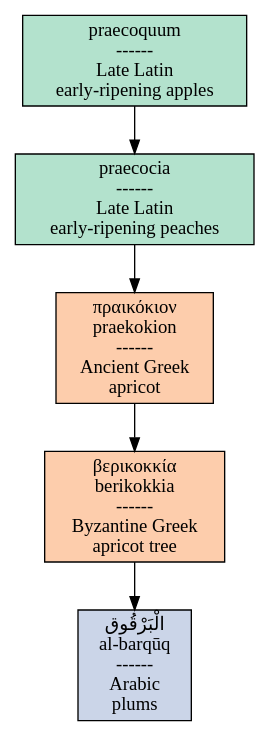
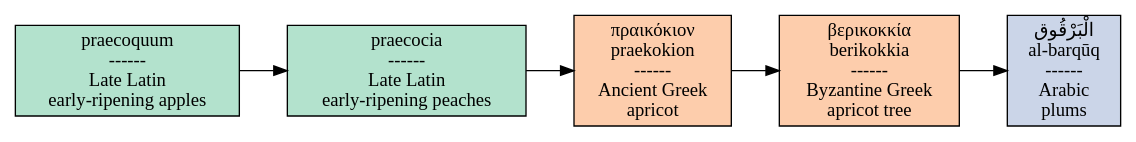
One commit to jllovet/talks changed diagram 13 of 23 in 2025/tu/visualization-in-software/slides.qmd. Above: the diagram before and after it, drawn with Graphviz. The commit also changed other lines of this file and 2 other files, not shown here.

````diff
--- a/2025/tu/visualization-in-software/slides.qmd
+++ b/2025/tu/visualization-in-software/slides.qmd
@@ -442,18 +440,17 @@
 ```{dot}
-//| fig-width: 3
 //| fig-height: 6
 digraph g {
-    rankdir=TB
+    rankdir=LR
     node [colorscheme=pastel25]
     praecoquum [shape="rectangle" style=filled fillcolor="1" label="praecoquum\n------\nLate Latin\nearly-ripening apples"]
     praecocia [shape="rectangle" style=filled fillcolor="1" label="praecocia\n------\nLate Latin\nearly-ripening peaches"]
     praekokion [shape="rectangle" style=filled fillcolor="2" label="πραικόκιον\npraekokion\n------\nAncient Greek\napricot"]
     berikokkia [shape="rectangle" style=filled fillcolor="2" label="βερικοκκία\nberikokkia\n------\nByzantine Greek\napricot tree"]
     albarqūq [shape="rectangle" style=filled fillcolor="3" label="الْبَرْقُوق\nal-barqūq\n------\nArabic\nplums"]
 
     praecoquum -> praecocia
     praecocia -> praekokion
     praekokion -> berikokkia
     berikokkia -> albarqūq
 }
 ```
````
